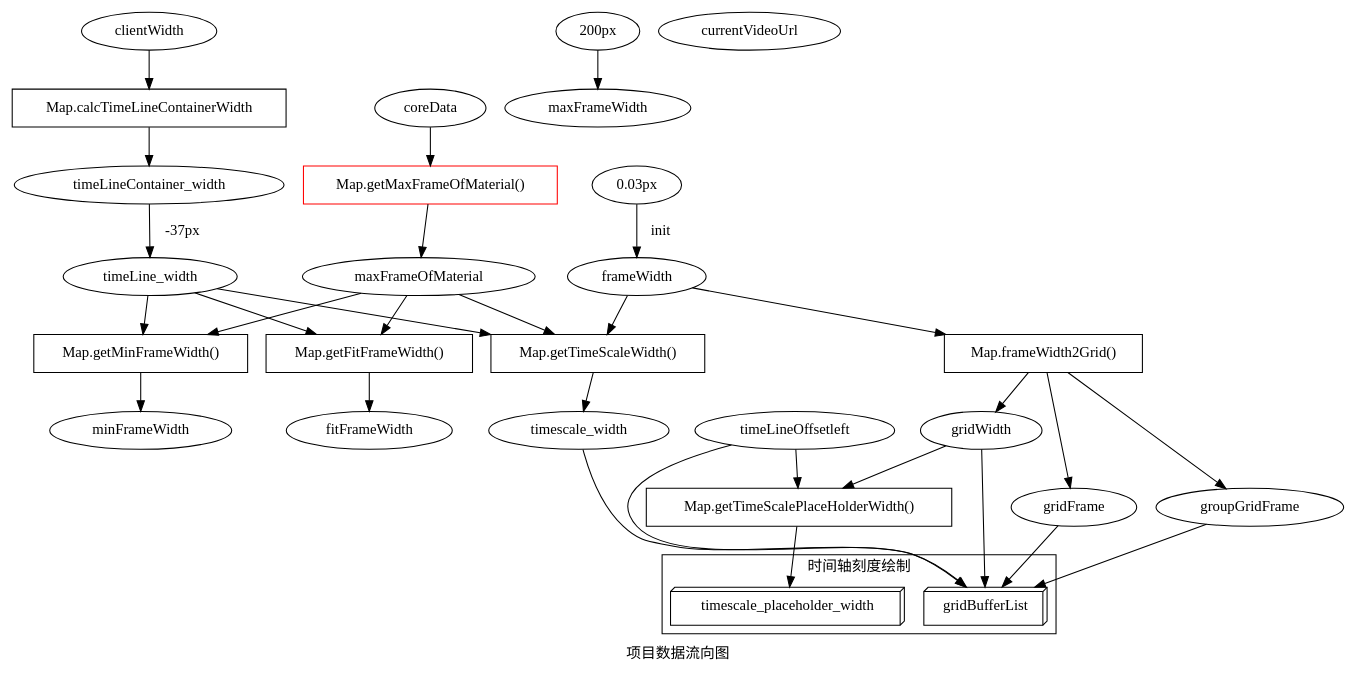
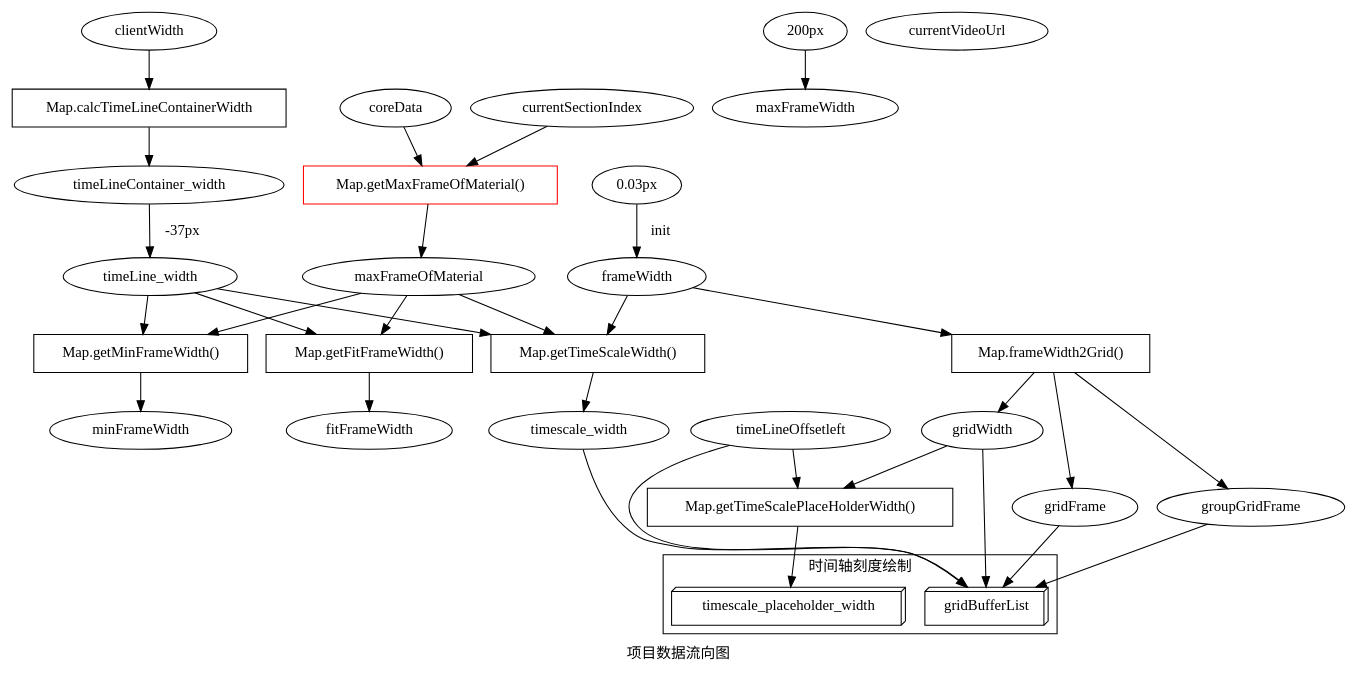
The diagram in README.dot (SartreShao/video-editor.webassembly), drawn with Graphviz before and after one commit. The commit also changed 6 other files, not shown here.

First line of the commit message:
'getMaxFrameOfMaterial'&'currentSectionIndex'

```diff
--- a/README.dot
+++ b/README.dot
@@ -1,95 +1,95 @@
 digraph examle1 {
   label = "项目数据流向图";
   // 帧宽度
   frameWidth;
 
   // 格子宽度
   gridWidth;
 
   // 格子内帧数
   gridFrame;
 
   // 组格子内帧数
   groupGridFrame;
 
   // 时间轴容器宽度
   timeLineContainer_width;
 
   // 时间轴宽度
   timeLine_width;
 
   // 时间轴刻度尺度宽
   timescale_width;
 
   // 时间轴素材最大帧数
   maxFrameOfMaterial;
 
   // 最大帧宽度
   maxFrameWidth; 
 
   // 最小帧宽度
   minFrameWidth;
 
   // 合适帧宽度
   fitFrameWidth;
 
   // 当前播放的视频 URL
   currentVideoUrl;
 
   // 项目核心数据
   coreData;
 
   // UI 数据 -------------------------------------
   subgraph cluster_UI{//聚集子图
       node[shape=box];
       label="时间轴刻度绘制"
       gridBufferList[shape="box3d"];
       timescale_placeholder_width[shape="box3d"]
   }
   
 
   // 方法 ----------------------------------------
   frameWidth2Grid[shape=box,label="Map.frameWidth2Grid()"];
 
   getTimeScaleWidth[shape=box, label="Map.getTimeScaleWidth()"]
 
   calcTimeLineContainerWidth[shape=box, label="Map.calcTimeLineContainerWidth"]
 
   getFitFrameWidth[shape=box, label="Map.getFitFrameWidth()"]
 
   getMinFrameWidth[shape=box, label="Map.getMinFrameWidth()"]
 
   getMaxFrameOfMaterial[shape=box, label="Map.getMaxFrameOfMaterial()",color=red];
 
   getTimeScalePlaceHolderWidth[shape=box, label="Map.getTimeScalePlaceHolderWidth()"]
 
   // 获取帧宽度
   "0.03px"->frameWidth[label="   init"];
   
   // 渲染帧宽度
   frameWidth->frameWidth2Grid->gridWidth,gridFrame,groupGridFrame;
 
   // 获取屏幕宽度、时间轴显示宽度
   clientWidth->calcTimeLineContainerWidth->timeLineContainer_width;
   timeLineContainer_width->timeLine_width[label="   -37px"];
 
   // 获取时间轴实际宽度
   frameWidth,timeLine_width,maxFrameOfMaterial->getTimeScaleWidth->timescale_width;
 
   // 当前的最大帧宽度
   "200px"->maxFrameWidth;
 
   // 当前合适的帧宽度
   maxFrameOfMaterial,timeLine_width->getFitFrameWidth->fitFrameWidth;
 
   // 当前最小的帧宽度
   maxFrameOfMaterial,timeLine_width->getMinFrameWidth->minFrameWidth;
 
-  coreData->getMaxFrameOfMaterial->maxFrameOfMaterial;
+  coreData,currentSectionIndex->getMaxFrameOfMaterial->maxFrameOfMaterial;
 
   // gridBufferList
   gridWidth,groupGridFrame,gridFrame,timeLineOffsetleft,timescale_width->gridBufferList;
 
   timeLineOffsetleft, gridWidth->getTimeScalePlaceHolderWidth->timescale_placeholder_width;
   
 }
```
